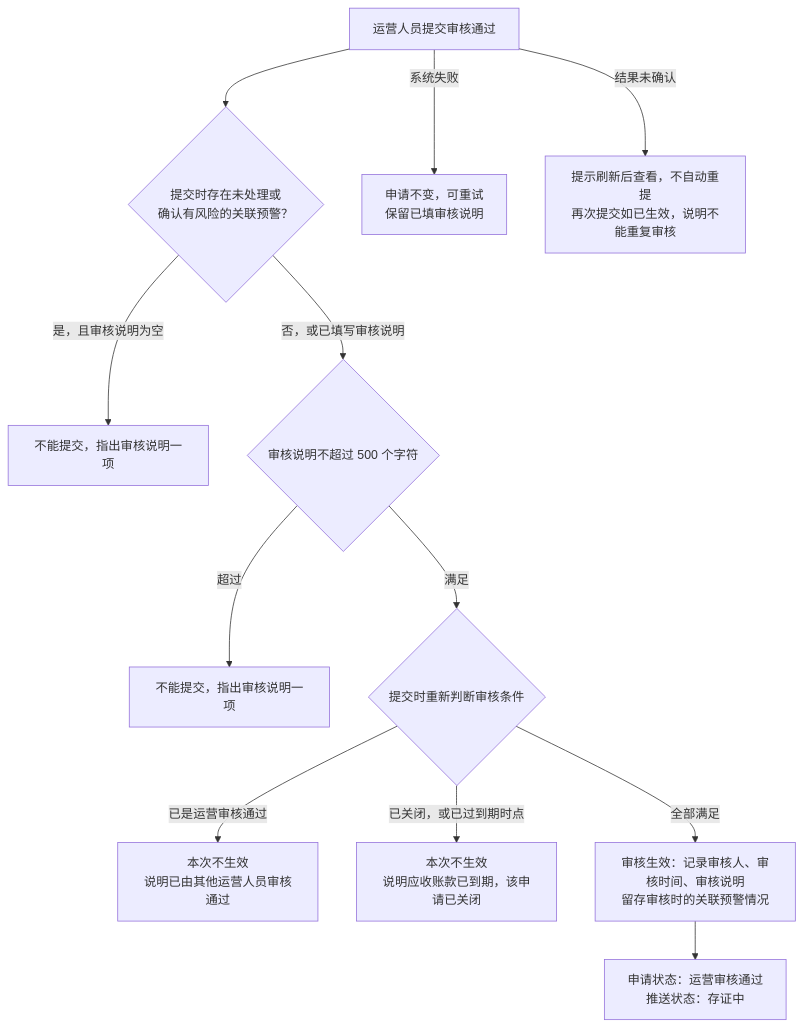
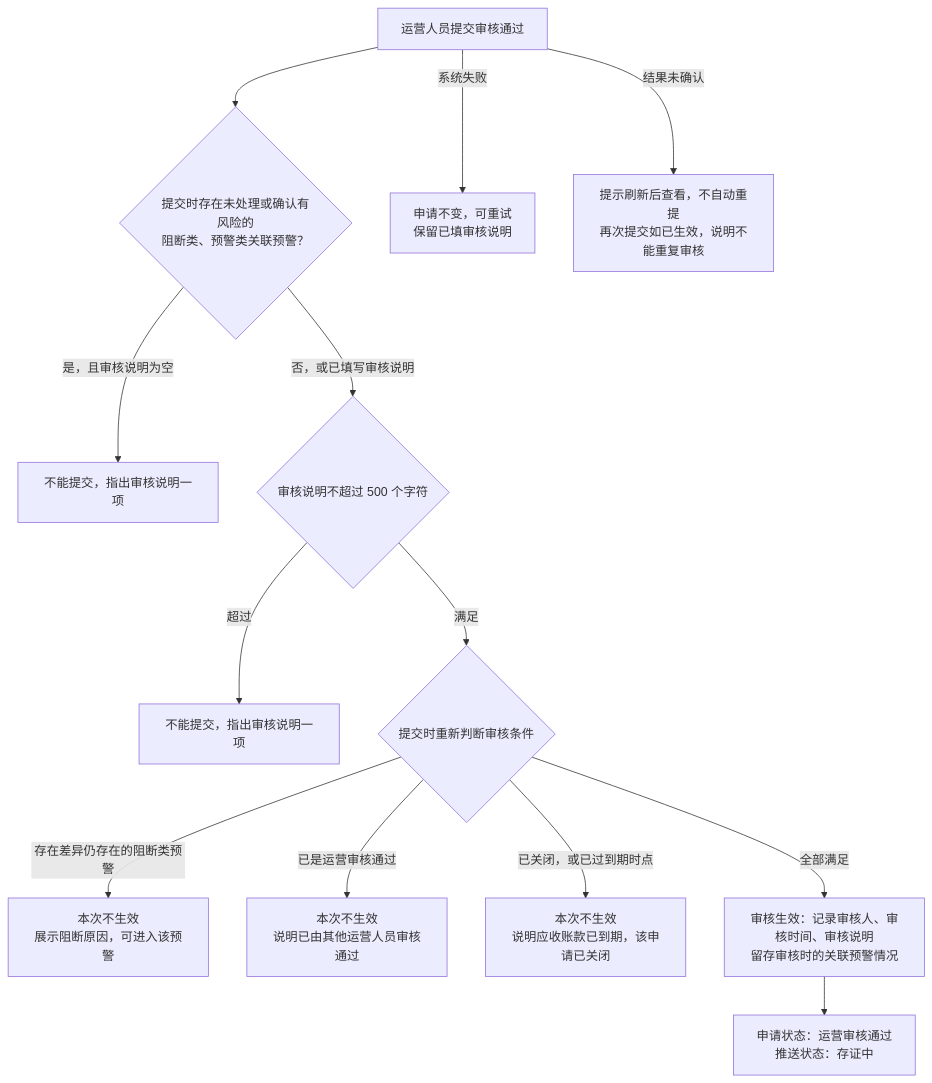
The second of 5 diagrams in asset-trust-platform/PRD/运营端/M9-运营审核与资产推送/02-运营审核与资产推送-流程图与状态机.md (wxblockchain/Chain-Financing), drawn with Mermaid before and after one commit. The commit also changed other lines of this file and 16 other files, not shown here.

````diff
--- a/asset-trust-platform/PRD/运营端/M9-运营审核与资产推送/02-运营审核与资产推送-流程图与状态机.md
+++ b/asset-trust-platform/PRD/运营端/M9-运营审核与资产推送/02-运营审核与资产推送-流程图与状态机.md
@@ -42,14 +42,15 @@
 ```mermaid
 flowchart TD
-    A[运营人员提交审核通过] --> B{提交时存在未处理或<br/>确认有风险的关联预警？}
+    A[运营人员提交审核通过] --> B{提交时存在未处理或确认有风险的<br/>阻断类、预警类关联预警？}
     B -->|是，且审核说明为空| B1[不能提交，指出审核说明一项]
     B -->|否，或已填写审核说明| B2{审核说明不超过 500 个字符}
     B2 -->|超过| B3[不能提交，指出审核说明一项]
     B2 -->|满足| C{提交时重新判断审核条件}
+    C -->|存在差异仍存在的阻断类预警| C3[本次不生效<br/>展示阻断原因，可进入该预警]
     C -->|已是运营审核通过| C1[本次不生效<br/>说明已由其他运营人员审核通过]
     C -->|已关闭，或已过到期时点| C2[本次不生效<br/>说明应收账款已到期，该申请已关闭]
     C -->|全部满足| D[审核生效：记录审核人、审核时间、审核说明<br/>留存审核时的关联预警情况]
     D --> E[申请状态：运营审核通过<br/>推送状态：存证中]
     A -->|系统失败| F[申请不变，可重试<br/>保留已填审核说明]
     A -->|结果未确认| G[提示刷新后查看，不自动重提<br/>再次提交如已生效，说明不能重复审核]
 ```
````
